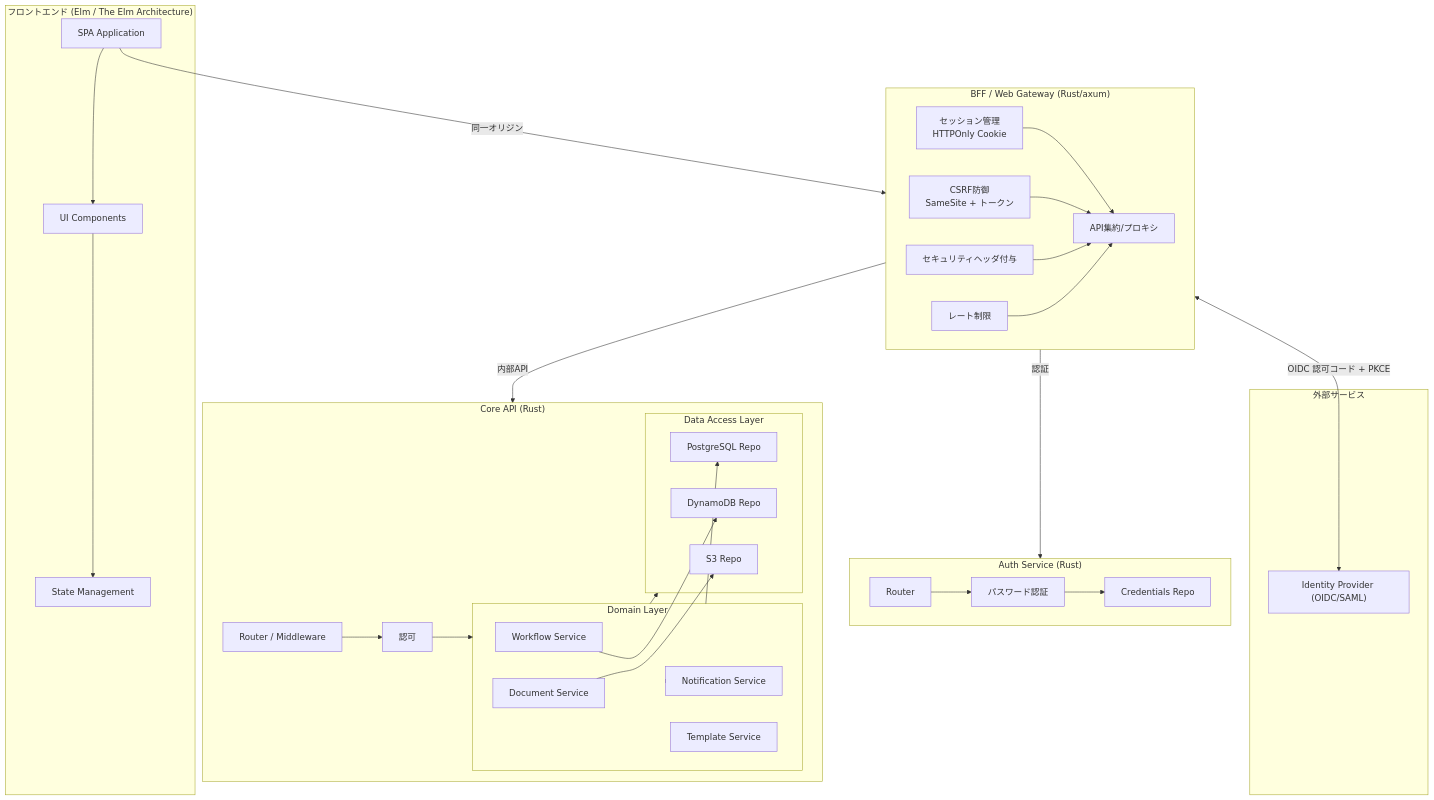
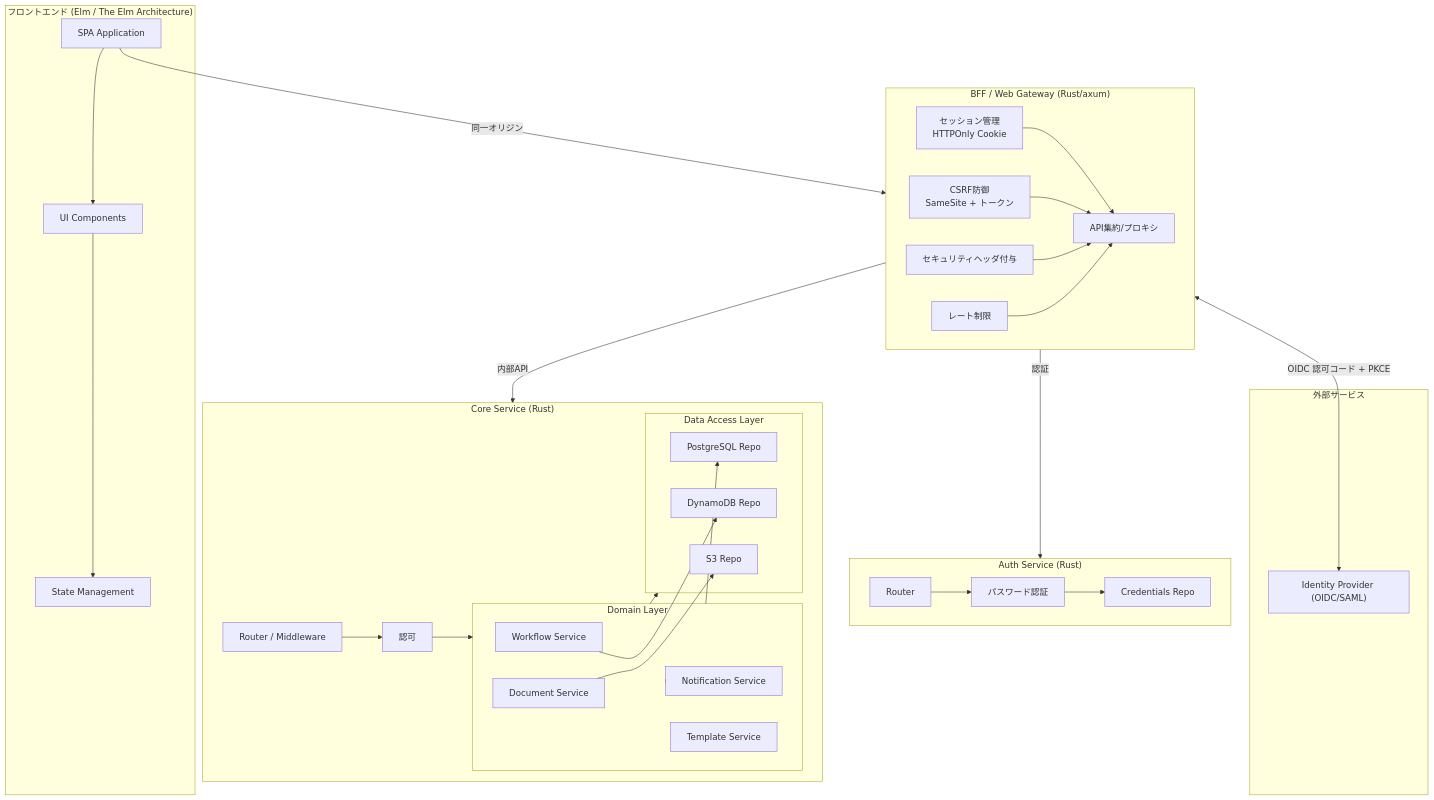
One commit to ka2kama/ringiflow changed the third of 4 diagrams in docs/02_基本設計書/01_アーキテクチャ設計.md. Above: the diagram before and after it, drawn with Mermaid. The commit also changed other lines of this file and 55 other files, not shown here.

````diff
--- a/docs/02_基本設計書/01_アーキテクチャ設計.md
+++ b/docs/02_基本設計書/01_アーキテクチャ設計.md
@@ -132,62 +132,62 @@
 ```mermaid
 flowchart TB
     subgraph Frontend["フロントエンド (Elm / The Elm Architecture)"]
         SPA["SPA Application"]
         UI["UI Components"]
         State["State Management"]
         SPA --> UI --> State
     end
 
     subgraph BFFLayer["BFF / Web Gateway (Rust/axum)"]
         Sess["セッション管理<br/>HTTPOnly Cookie"]
         CSRF["CSRF防御<br/>SameSite + トークン"]
         Proxy["API集約/プロキシ"]
         Headers["セキュリティヘッダ付与"]
         Rate["レート制限"]
         Sess --> Proxy
         CSRF --> Proxy
         Headers --> Proxy
         Rate --> Proxy
     end
 
     subgraph AuthService["Auth Service (Rust)"]
         AuthRouter["Router"]
         Verify["パスワード認証"]
         CredRepo["Credentials Repo"]
         AuthRouter --> Verify --> CredRepo
     end
 
-    subgraph Backend["Core API (Rust)"]
+    subgraph Backend["Core Service (Rust)"]
         Router["Router / Middleware"]
         Authz["認可"]
         subgraph Domain["Domain Layer"]
             WFService["Workflow Service"]
             TemplateService["Template Service"]
             DocumentService["Document Service"]
             NotifyService["Notification Service"]
         end
 
         subgraph DataAccess["Data Access Layer"]
             PGRepo["PostgreSQL Repo"]
             DDBRepo["DynamoDB Repo"]
             StorageRepo["S3 Repo"]
         end
 
         Router --> Authz --> Domain
         Domain --> DataAccess
     end
 
     subgraph External["外部サービス"]
         IdP["Identity Provider (OIDC/SAML)"]
     end
 
     SPA -->|同一オリジン| BFFLayer
     BFFLayer -->|認証| AuthService
     BFFLayer -->|内部API| Backend
     BFFLayer <-->|OIDC 認可コード + PKCE| IdP
 
     Domain --> PGRepo
     WFService --> DDBRepo
     DocumentService --> StorageRepo
     Domain --> NotifyService
 ```
````
